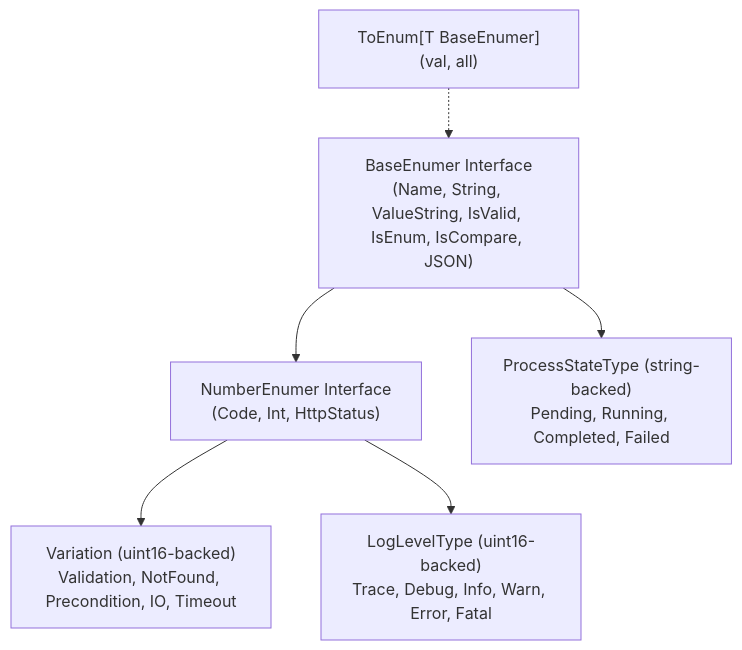
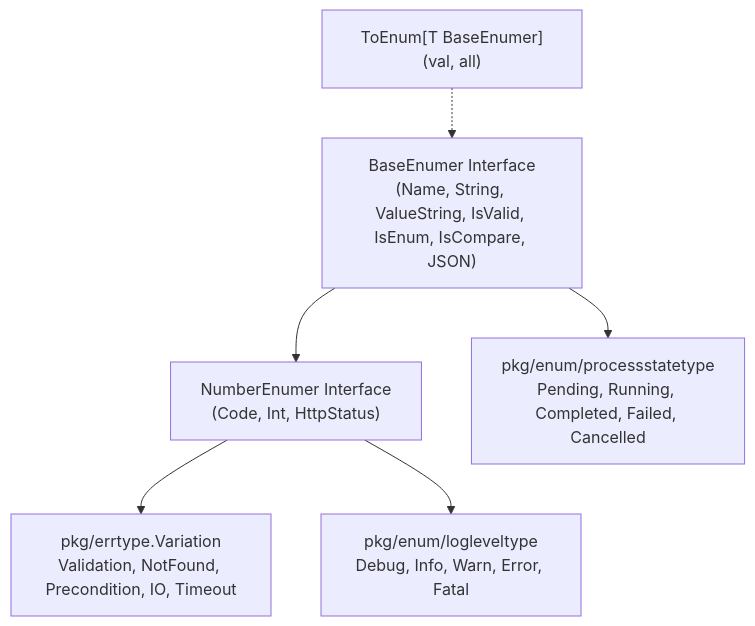
The diagram in 04-code/golang/pkg/errtype/readme.md (alimtvnetwork/coding-guidelines-v24), drawn with Mermaid before and after one commit. The commit also changed other lines of this file and 16 other files, not shown here.

Commit message:
refactor(enum): consolidate logleveltype and processstatetype into pkg/enum and prune legacy errtype subpackages

````diff
--- a/04-code/golang/pkg/errtype/readme.md
+++ b/04-code/golang/pkg/errtype/readme.md
@@ -37,13 +33,13 @@
 ```mermaid
 flowchart TD
     BaseInterface["BaseEnumer Interface\n(Name, String, ValueString, IsValid, IsEnum, IsCompare, JSON)"]
     NumberInterface["NumberEnumer Interface\n(Code, Int, HttpStatus)"]
 
     BaseInterface --> NumberInterface
 
-    BaseInterface --> ProcessState["ProcessStateType (string-backed)\nPending, Running, Completed, Failed"]
-    NumberInterface --> ErrorVariation["Variation (uint16-backed)\nValidation, NotFound, Precondition, IO, Timeout"]
-    NumberInterface --> LogLevel["LogLevelType (uint16-backed)\nTrace, Debug, Info, Warn, Error, Fatal"]
+    BaseInterface --> ProcessState["pkg/enum/processstatetype\nPending, Running, Completed, Failed, Cancelled"]
+    NumberInterface --> ErrorVariation["pkg/errtype.Variation\nValidation, NotFound, Precondition, IO, Timeout"]
+    NumberInterface --> LogLevel["pkg/enum/logleveltype\nDebug, Info, Warn, Error, Fatal"]
 
     GenericHelper["ToEnum[T BaseEnumer](val, all)"] -.-> BaseInterface
 ```
````
